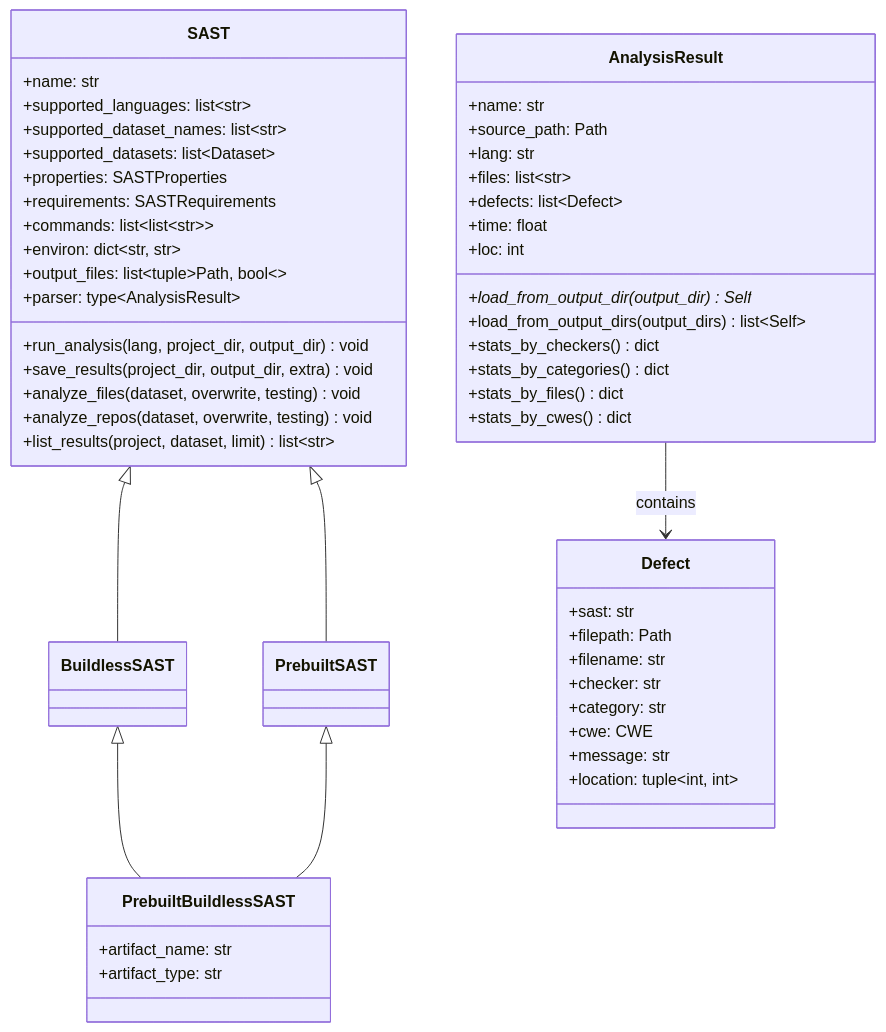
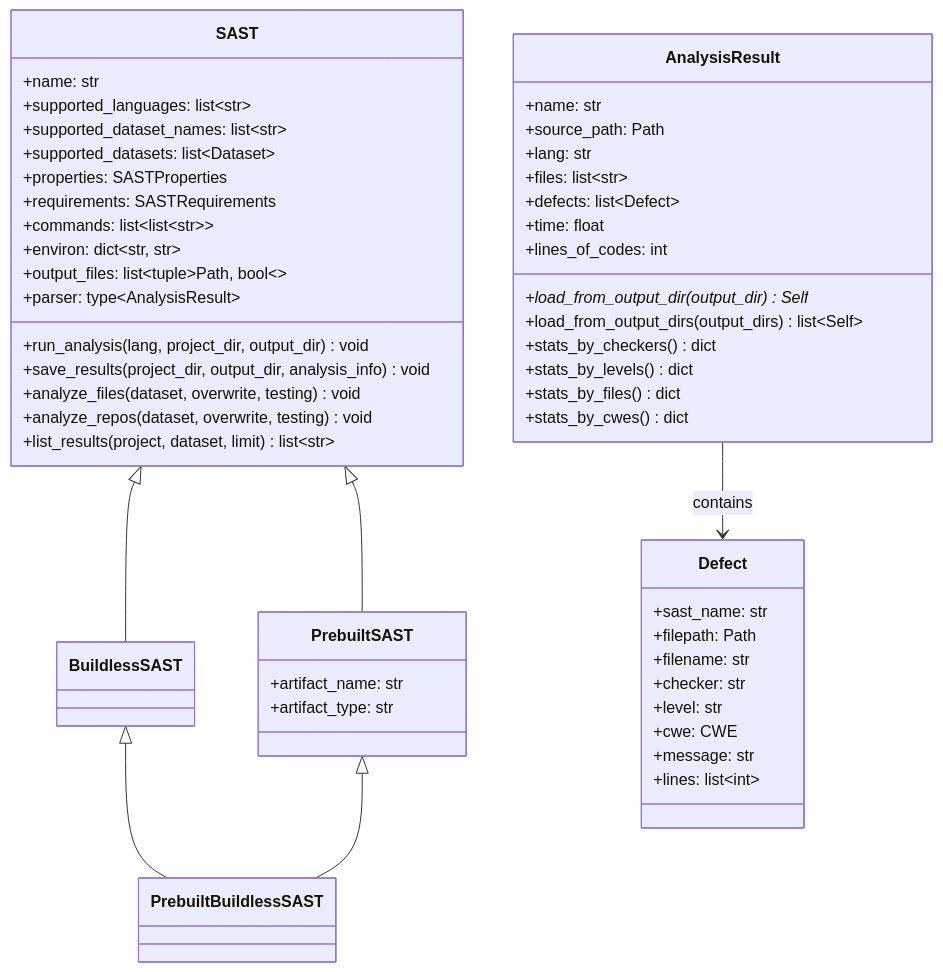
The diagram in docs/sast/index.md (OPPIDA/CodeSecTools), drawn with Mermaid before and after one commit. The commit also changed 1 other file, not shown here.

Commit message:
docs: update SAST and Dataset class chart

````diff
--- a/docs/sast/index.md
+++ b/docs/sast/index.md
@@ -21,65 +21,65 @@
 ```mermaid
 classDiagram
     class SAST {
         +name: str
         +supported_languages: list~str~
         +supported_dataset_names: list~str~
         +supported_datasets: list~Dataset~
         +properties: SASTProperties
         +requirements: SASTRequirements
         +commands: list~list~str~~
         +environ: dict~str, str~
         +output_files: list~tuple~Path, bool~~
         +parser: type~AnalysisResult~
         +run_analysis(lang, project_dir, output_dir) void
-        +save_results(project_dir, output_dir, extra) void
+        +save_results(project_dir, output_dir, analysis_info) void
         +analyze_files(dataset, overwrite, testing) void
         +analyze_repos(dataset, overwrite, testing) void
         +list_results(project, dataset, limit) list~str~
     }
 
     class BuildlessSAST {
     }
 
     class PrebuiltSAST {
+        +artifact_name: str
+        +artifact_type: str
     }
 
     class PrebuiltBuildlessSAST {
-        +artifact_name: str
-        +artifact_type: str
     }
 
     SAST <|-- BuildlessSAST
     SAST <|-- PrebuiltSAST
     BuildlessSAST <|-- PrebuiltBuildlessSAST
     PrebuiltSAST <|-- PrebuiltBuildlessSAST
 
     class AnalysisResult {
         +name: str
         +source_path: Path
         +lang: str
         +files: list~str~
         +defects: list~Defect~
         +time: float
-        +loc: int
+        +lines_of_codes: int
         +load_from_output_dir(output_dir)* Self
         +load_from_output_dirs(output_dirs) list~Self~
         +stats_by_checkers() dict
-        +stats_by_categories() dict
+        +stats_by_levels() dict
         +stats_by_files() dict
         +stats_by_cwes() dict
     }
 
     class Defect {
-        +sast: str
+        +sast_name: str
         +filepath: Path
         +filename: str
         +checker: str
-        +category: str
+        +level: str
         +cwe: CWE
         +message: str
-        +location: tuple~int, int~
+        +lines: list~int~
     }
 
     AnalysisResult --> Defect : contains
 ```
````
